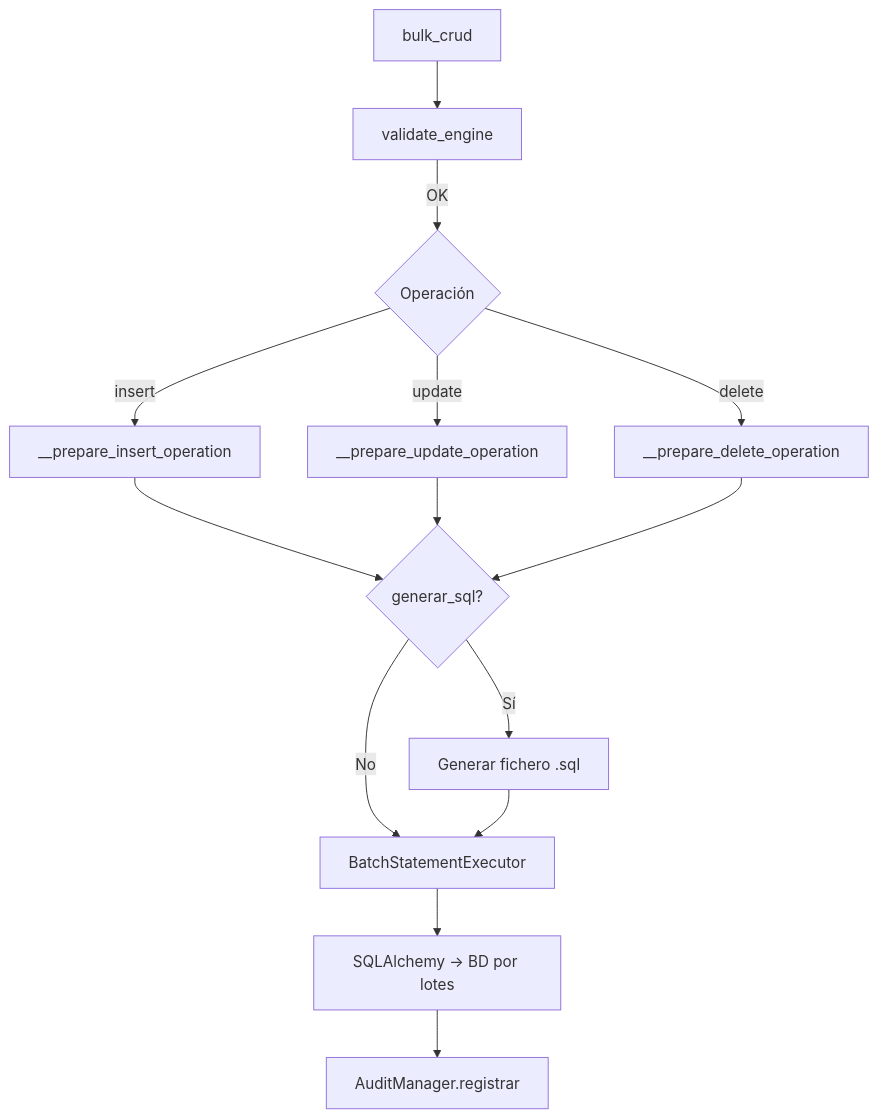
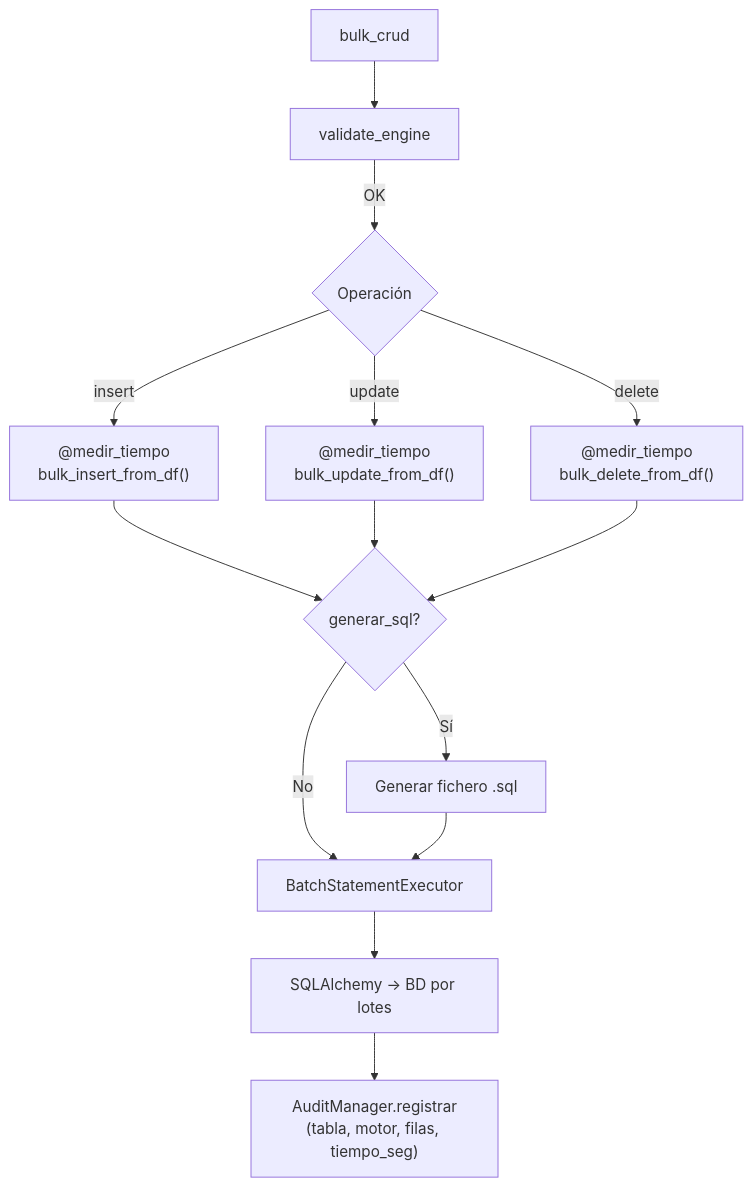
The diagram in docs/api/bulk-crud.md (fmanza/util_bbdd), drawn with Mermaid before and after one commit. The commit also changed other lines of this file and 6 other files, not shown here.

First line of the commit message:
feat: integrate util.timing for automatic operation timing in bulk CRUD

````diff
--- a/docs/api/bulk-crud.md
+++ b/docs/api/bulk-crud.md
@@ -7,14 +13,14 @@
 ```mermaid
 flowchart TD
     A[bulk_crud] --> B[validate_engine]
     B -->|OK| C{Operación}
-    C -->|insert| D[__prepare_insert_operation]
-    C -->|update| E[__prepare_update_operation]
-    C -->|delete| F[__prepare_delete_operation]
+    C -->|insert| D["@medir_tiempo<br/>bulk_insert_from_df()"]
+    C -->|update| E["@medir_tiempo<br/>bulk_update_from_df()"]
+    C -->|delete| F["@medir_tiempo<br/>bulk_delete_from_df()"]
     D & E & F --> G{generar_sql?}
     G -->|Sí| H[Generar fichero .sql]
     G -->|No| I[BatchStatementExecutor]
     H --> I
     I --> J[SQLAlchemy → BD por lotes]
-    J --> K[AuditManager.registrar]
+    J --> K["AuditManager.registrar<br/>(tabla, motor, filas, tiempo_seg)"]
 ```
````
